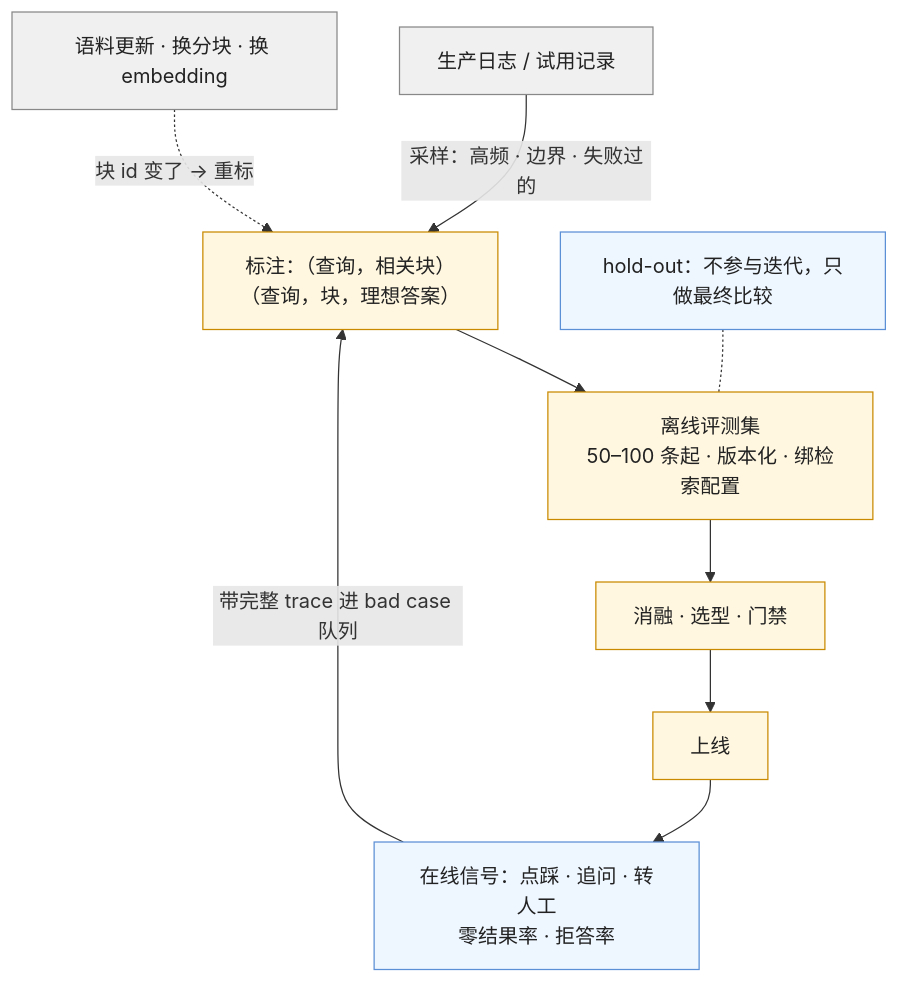
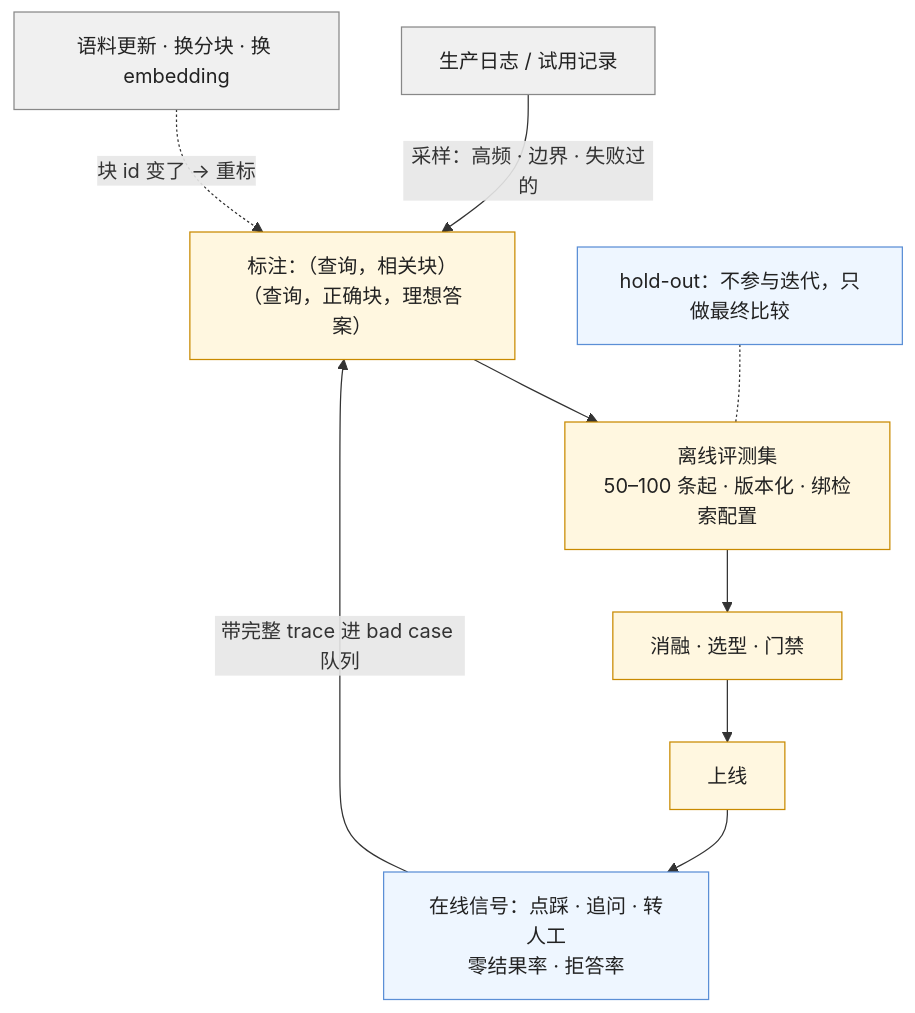
The fifth of 6 diagrams in _posts/2026-10-19-retrieval-evaluation-and-operations.md (arganzheng/arganzheng.github.com), drawn with Mermaid before and after one commit. The commit also changed other lines of this file and 1 other file, not shown here.

Commit message:
检索与知识接入（07）：生成侧评测集统一写「正确块」，3.1 说明喂正确块与检索块的区别；修正「靡」→「靠」

````diff
--- a/_posts/2026-10-19-retrieval-evaluation-and-operations.md
+++ b/_posts/2026-10-19-retrieval-evaluation-and-operations.md
@@ -190,19 +190,19 @@
 ```mermaid
 %% 图：评测集的循环——真实查询按高频 / 边界 / 失败三类采样并标注，跑离线消融与门禁；上线后在线信号（点踩、追问、转人工、零结果、拒答）带 trace 进 bad case 队列，每周补 5–10 条回评测集；语料或分块变了触发重标；一部分 hold-out 不参与迭代
 flowchart TB
-    LOG["生产日志 / 试用记录"] -->|"采样：高频 · 边界 · 失败过的"| ANN["标注：（查询，相关块）<br/>（查询，块，理想答案）"]
+    LOG["生产日志 / 试用记录"] -->|"采样：高频 · 边界 · 失败过的"| ANN["标注：（查询，相关块）<br/>（查询，正确块，理想答案）"]
     ANN --> EVAL["离线评测集<br/>50–100 条起 · 版本化 · 绑检索配置"]
     EVAL --> ABL["消融 · 选型 · 门禁"]
     ABL --> PROD["上线"]
     PROD --> SIG["在线信号：点踩 · 追问 · 转人工<br/>零结果率 · 拒答率"]
     SIG -->|"带完整 trace 进 bad case 队列"| ANN
     CH["语料更新 · 换分块 · 换 embedding"] -.->|"块 id 变了 → 重标"| ANN
     HO["hold-out：不参与迭代，只做最终比较"] -.- EVAL
     classDef src fill:#f0f0f0,stroke:#888,color:#222
     classDef step fill:#fff7e0,stroke:#c98a00,color:#222
     classDef ok fill:#eefaf0,stroke:#4d9a5c,color:#222
     classDef n fill:#eef6ff,stroke:#5b8fd6,color:#222
     class LOG,CH src
     class ANN,EVAL,ABL,PROD step
     class SIG,HO n
 ```
````
